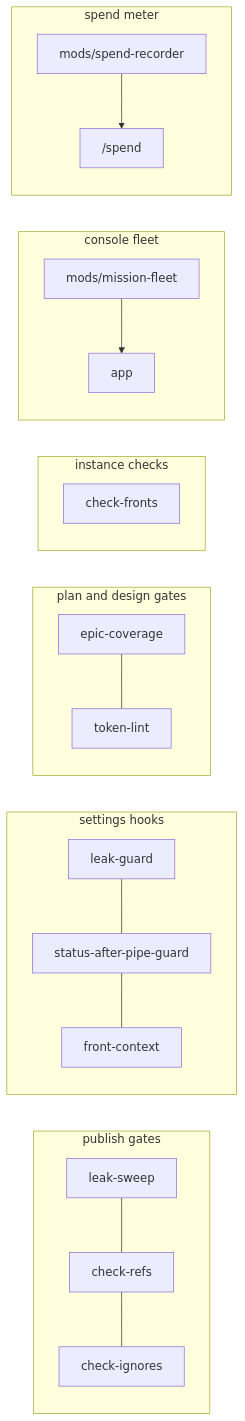
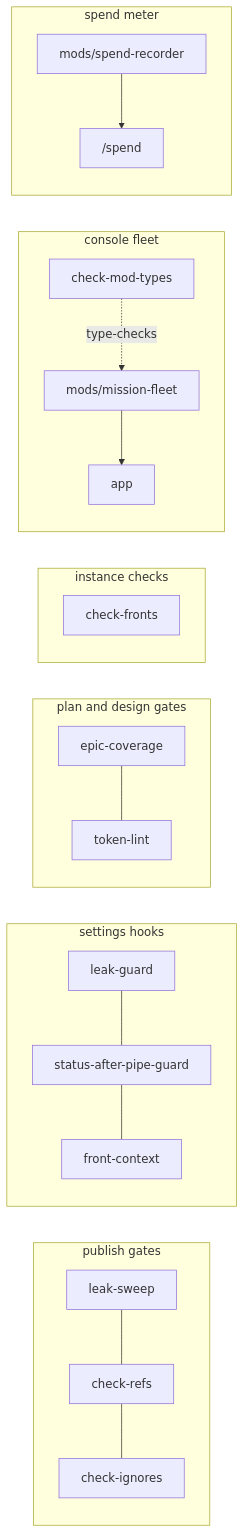
Before and after one commit to sultanassi95/mission-control: the diagram in tools/README.md, drawn with Mermaid. The commit also changed other lines of this file and 5 other files, not shown here.

````diff
--- a/tools/README.md
+++ b/tools/README.md
@@ -6,21 +6,22 @@
 ```mermaid
 flowchart LR
   subgraph PUB[publish gates]
     LS[leak-sweep] --- CR[check-refs] --- CI[check-ignores]
   end
   subgraph HK[settings hooks]
     LG[leak-guard] --- SP[status-after-pipe-guard] --- FC[front-context]
   end
   subgraph PLAN[plan and design gates]
     EC[epic-coverage] --- TL[token-lint]
   end
   subgraph INST[instance checks]
     CF[check-fronts]
   end
   subgraph FLEET[console fleet]
     MF[mods/mission-fleet] --> APP[app]
+    CMT[check-mod-types] -. type-checks .-> MF
   end
   subgraph METER[spend meter]
     SR[mods/spend-recorder] --> SPEND["/spend"]
   end
 ```
````
